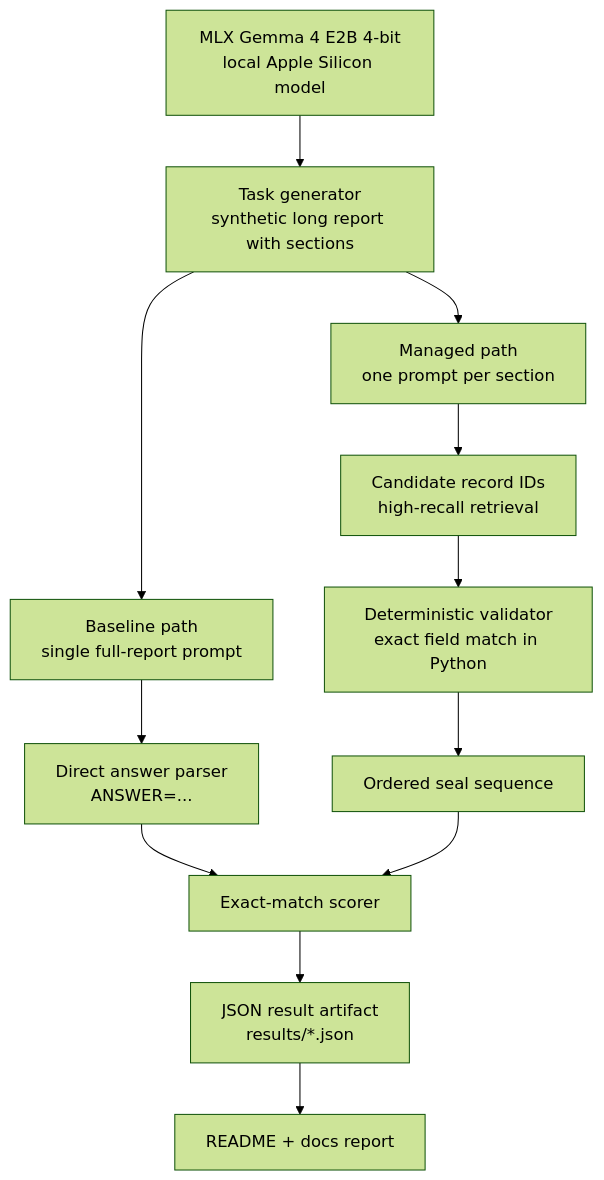
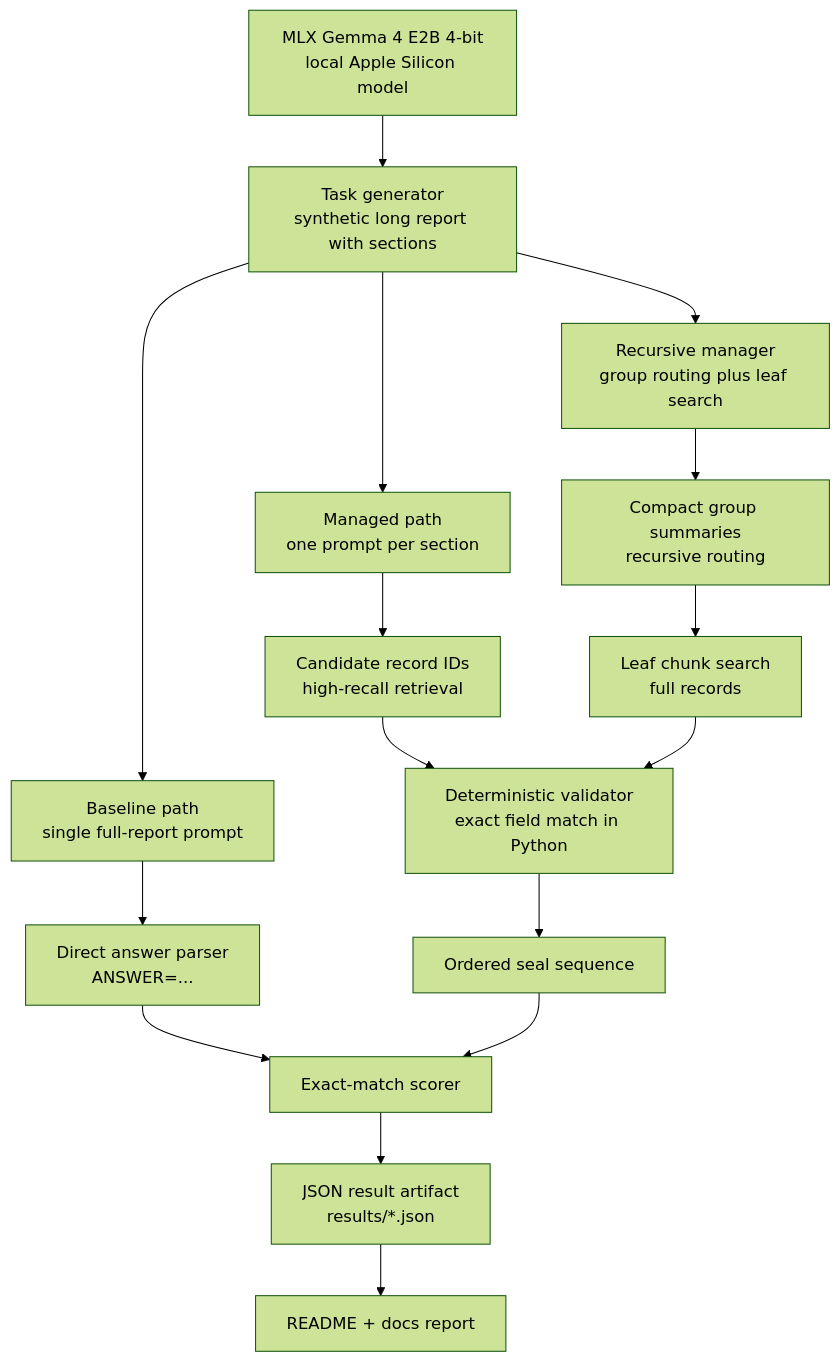
The first of 4 diagrams in README.md (dylanler/latent-planning), drawn with Mermaid (forest theme) before and after one commit. The commit also changed other lines of this file and 7 other files, not shown here.

Commit message:
Add recursive manager evaluation

````diff
--- a/README.md
+++ b/README.md
@@ -18,14 +18,18 @@
 ```mermaid
 flowchart TD
     A[MLX Gemma 4 E2B 4-bit<br/>local Apple Silicon model] --> B[Task generator<br/>synthetic long report with sections]
     B --> C[Baseline path<br/>single full-report prompt]
     B --> D[Managed path<br/>one prompt per section]
+    B --> R[Recursive manager<br/>group routing plus leaf search]
     C --> E[Direct answer parser<br/>ANSWER=...]
     D --> F[Candidate record IDs<br/>high-recall retrieval]
+    R --> RS[Compact group summaries<br/>recursive routing]
+    RS --> RL[Leaf chunk search<br/>full records]
     F --> G[Deterministic validator<br/>exact field match in Python]
+    RL --> G
     G --> H[Ordered seal sequence]
     E --> I[Exact-match scorer]
     H --> I[Exact-match scorer]
     I --> J[JSON result artifact<br/>results/*.json]
     J --> K[README + docs report]
 ```
````
